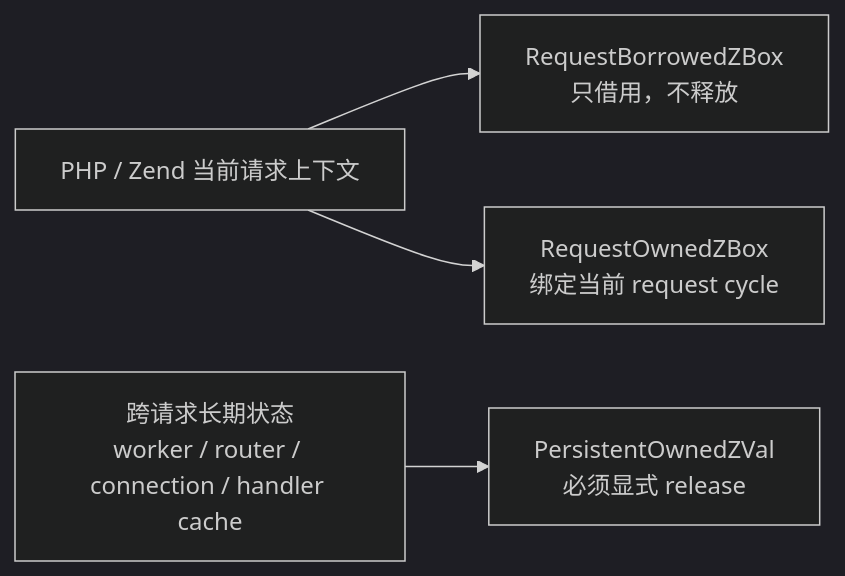
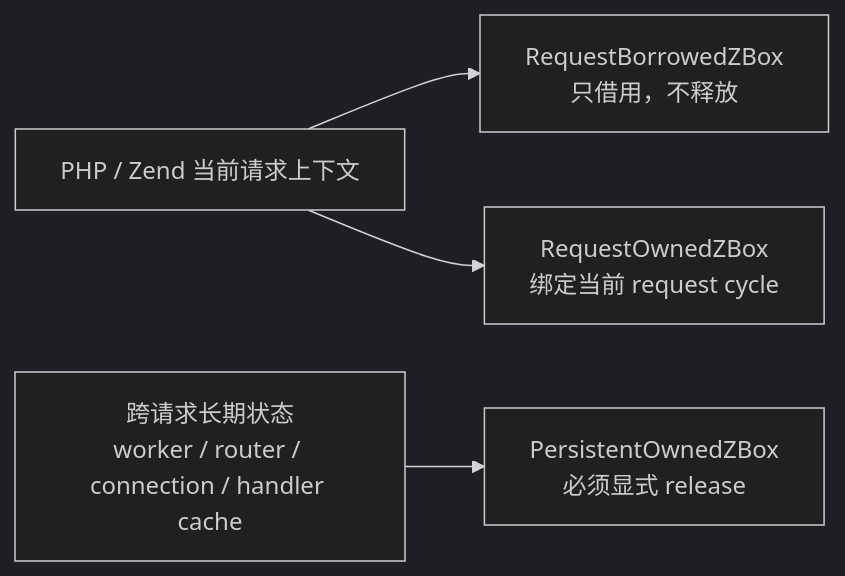
One commit to guweigang/vphpx changed the second of 3 diagrams in vphp/docs/lifecycle_model.md. Above: the diagram before and after it, drawn with Mermaid (dark theme). The commit also changed other lines of this file and 50 other files, not shown here.

````diff
--- a/vphp/docs/lifecycle_model.md
+++ b/vphp/docs/lifecycle_model.md
@@ -130,6 +130,6 @@
 ```mermaid
 flowchart LR
     A["PHP / Zend 当前请求上下文"] --> B["RequestBorrowedZBox<br/>只借用，不释放"]
     A --> C["RequestOwnedZBox<br/>绑定当前 request cycle"]
-    D["跨请求长期状态<br/>worker / router / connection / handler cache"] --> E["PersistentOwnedZVal<br/>必须显式 release"]
+    D["跨请求长期状态<br/>worker / router / connection / handler cache"] --> E["PersistentOwnedZBox<br/>必须显式 release"]
 ```
````
